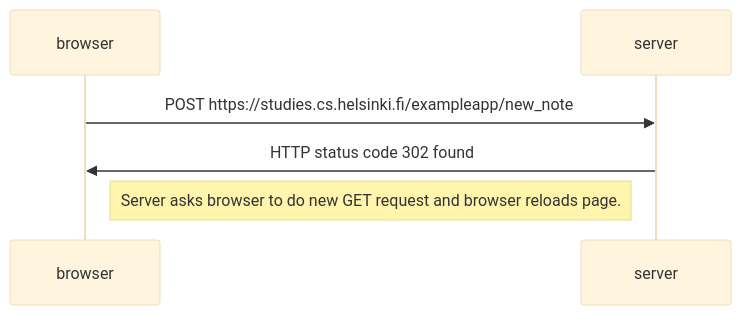
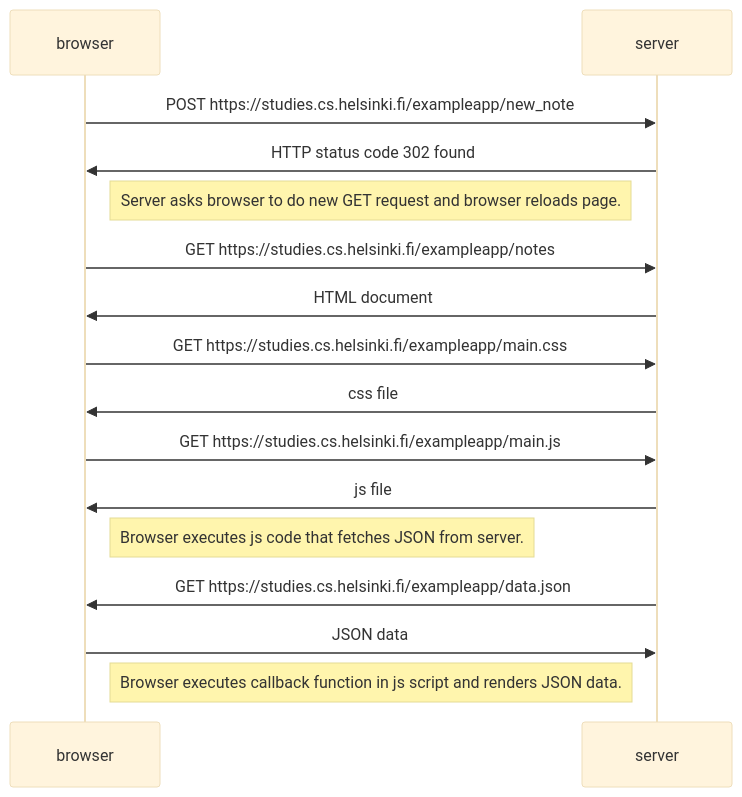
The diagram in part_0/ex_4.md (adam-herrala-bricker/fullstack), drawn with Mermaid (base theme) before and after one commit.

Commit message:
full diagram

````diff
--- a/part_0/ex_4.md
+++ b/part_0/ex_4.md
@@ -1,6 +1,16 @@
 ```mermaid
 sequenceDiagram 
     browser->>server: POST https://studies.cs.helsinki.fi/exampleapp/new_note
     server->>browser: HTTP status code 302 found
     Note right of browser: Server asks browser to do new GET request and browser reloads page.
+    browser->>server: GET https://studies.cs.helsinki.fi/exampleapp/notes
+    server->>browser: HTML document
+    browser->>server: GET https://studies.cs.helsinki.fi/exampleapp/main.css
+    server->>browser: css file
+    browser->>server: GET https://studies.cs.helsinki.fi/exampleapp/main.js
+    server->>browser: js file
+    Note right of browser: Browser executes js code that fetches JSON from server.
+    server->>browser: GET https://studies.cs.helsinki.fi/exampleapp/data.json
+    browser->>server: JSON data
+    Note right of browser: Browser executes callback function in js script and renders JSON data.
 ```
````
